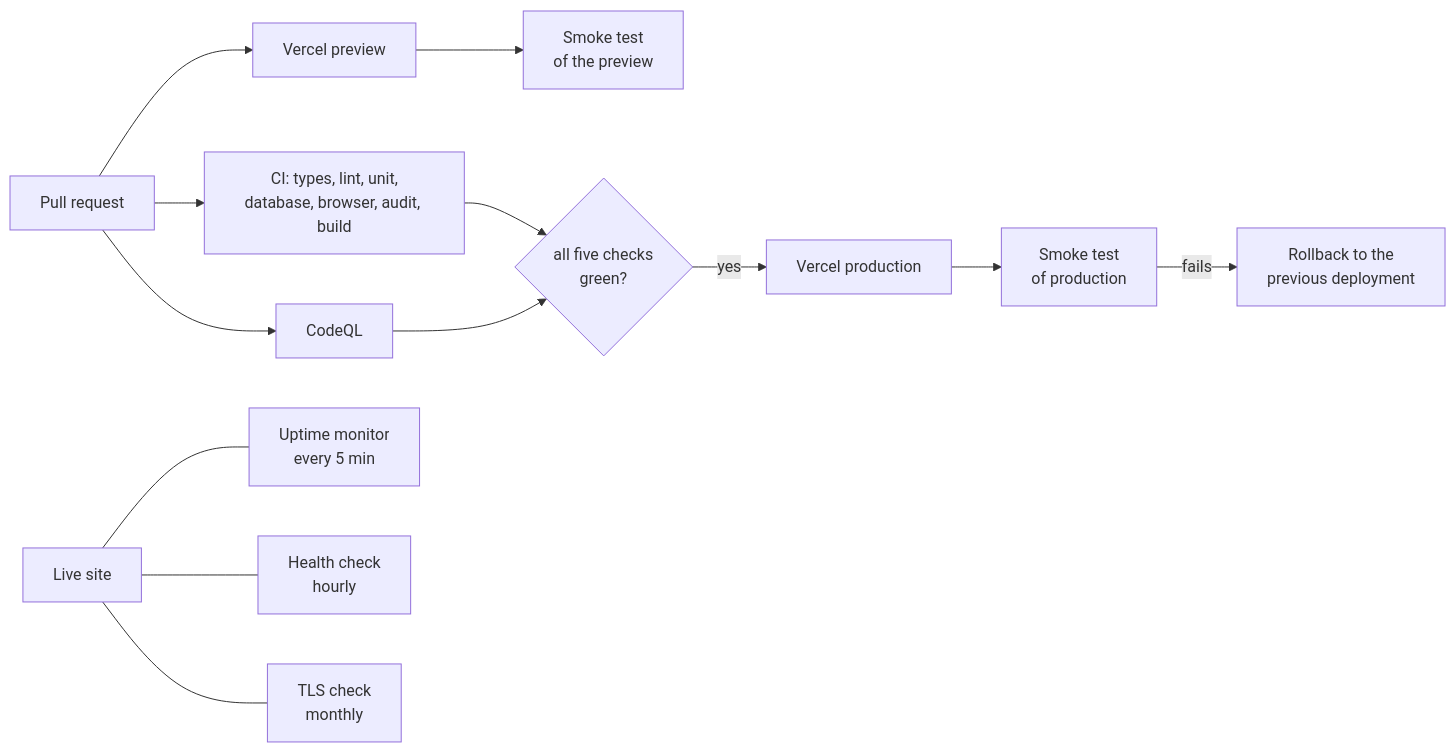
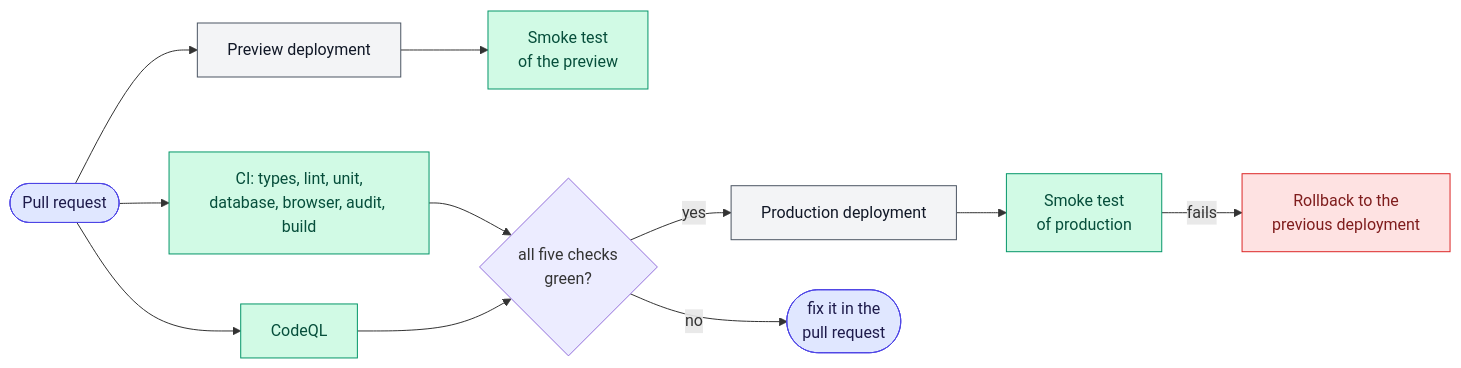
One commit to tomdevtech/ExoAtlas changed the second of 3 diagrams in docs/TESTING.md. Above: the diagram before and after it, drawn with Mermaid. The commit also changed other lines of this file and 4 other files, not shown here.

First line of the commit message:
Show the docs as diagrams

````diff
--- a/docs/TESTING.md
+++ b/docs/TESTING.md
@@ -28,13 +60,16 @@
 ```mermaid
 flowchart LR
-    PR[Pull request] --> CI[CI: types, lint, unit,<br>database, browser, audit, build]
-    PR --> CQ[CodeQL]
-    PR --> Prev[Vercel preview] --> SP[Smoke test<br>of the preview]
+    PR([Pull request]):::change --> CI[CI: types, lint, unit,<br>database, browser, audit, build]:::check
+    PR --> CQ[CodeQL]:::check
+    PR --> Prev[Preview deployment]:::vercel --> SP[Smoke test<br>of the preview]:::check
     CI --> Merge{all five checks<br>green?}
     CQ --> Merge
-    Merge -->|yes| Prod[Vercel production] --> SProd[Smoke test<br>of production]
-    SProd -->|fails| RB[Rollback to the<br>previous deployment]
-    Live[Live site] --- U[Uptime monitor<br>every 5 min]
-    Live --- H[Health check<br>hourly]
-    Live --- T[TLS check<br>monthly]
+    Merge -->|yes| Prod[Production deployment]:::vercel --> SProd[Smoke test<br>of production]:::check
+    Merge -->|no| Fix([fix it in the<br>pull request]):::change
+    SProd -->|fails| RB[Rollback to the<br>previous deployment]:::alarm
+
+    classDef change fill:#e0e7ff,stroke:#4f46e5,color:#1e1b4b
+    classDef check fill:#d1fae5,stroke:#059669,color:#064e3b
+    classDef vercel fill:#f3f4f6,stroke:#4b5563,color:#111827
+    classDef alarm fill:#fee2e2,stroke:#dc2626,color:#7f1d1d
 ```
````
